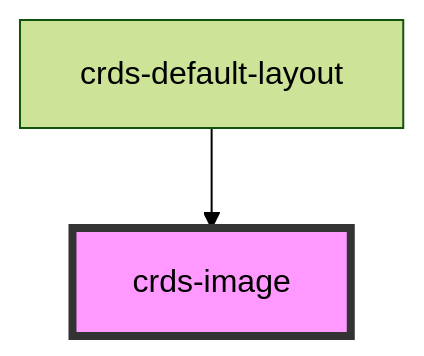
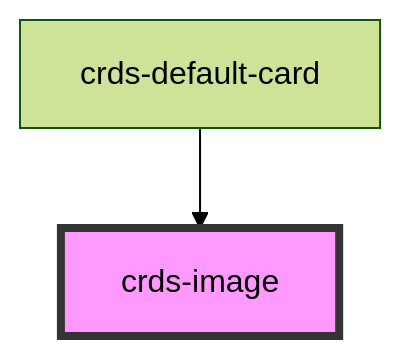
One commit to dholloran-ample/visual-regression-testing-IP changed the diagram in src/components/crds-image/readme.md. Above: the diagram before and after it, drawn with Mermaid (forest theme). The commit also changed other lines of this file and 206 other files, not shown here.

````diff
--- a/src/components/crds-image/readme.md
+++ b/src/components/crds-image/readme.md
@@ -23,5 +23,5 @@
 ```mermaid
 graph TD;
-  crds-default-layout --> crds-image
+  crds-default-card --> crds-image
   style crds-image fill:#f9f,stroke:#333,stroke-width:4px
 ```
````
